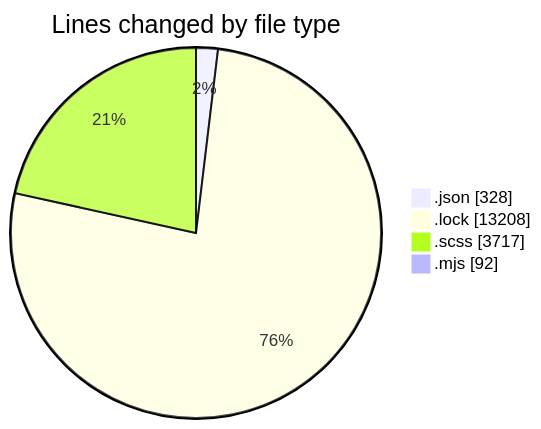
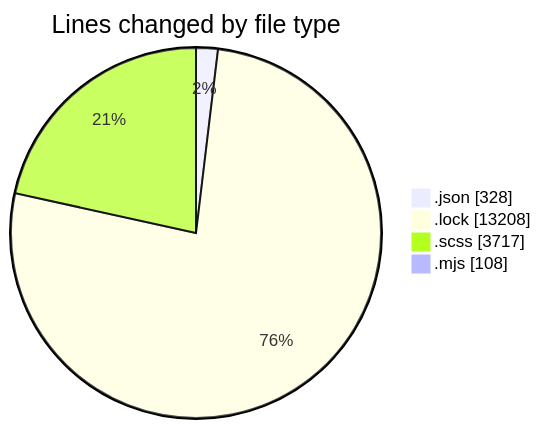
The first of 2 diagrams in 2026-01-26/cda/README.md (momahboobian/code-tracking), drawn with Mermaid before and after one commit. The commit also changed other lines of this file and 1 other file, not shown here.

````diff
--- a/2026-01-26/cda/README.md
+++ b/2026-01-26/cda/README.md
@@ -29,8 +29,8 @@
 ```mermaid
 pie showData
 title Lines changed by file type
 ".json" : 328
 ".lock" : 13208
 ".scss" : 3717
-".mjs" : 92
+".mjs" : 108
 ```
````
